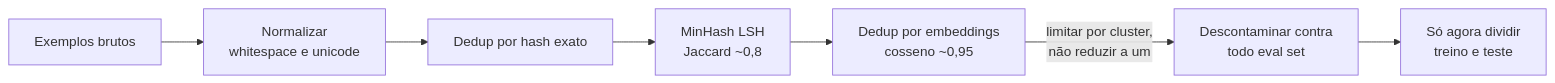
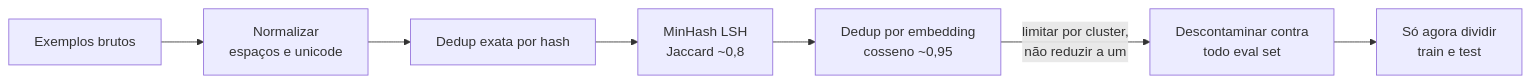
One commit to andrevberaldo/AI-Engineer-Interview-Questions changed the seventh of 29 diagrams in 05-fine-tuning-and-alignment/questions.pt-BR.md. Above: the diagram before and after it, drawn with Mermaid. The commit also changed other lines of this file and 1 other file, not shown here.

````diff
--- a/05-fine-tuning-and-alignment/questions.pt-BR.md
+++ b/05-fine-tuning-and-alignment/questions.pt-BR.md
@@ -357,9 +357,9 @@
 ```mermaid
 flowchart LR
-    A["Exemplos brutos"] --> B["Normalizar<br/>whitespace e unicode"]
-    B --> C["Dedup por hash exato"]
+    A["Exemplos brutos"] --> B["Normalizar<br/>espaços e unicode"]
+    B --> C["Dedup exata por hash"]
     C --> D["MinHash LSH<br/>Jaccard ~0,8"]
-    D --> E["Dedup por embeddings<br/>cosseno ~0,95"]
+    D --> E["Dedup por embedding<br/>cosseno ~0,95"]
     E -->|"limitar por cluster,<br/>não reduzir a um"| F["Descontaminar contra<br/>todo eval set"]
-    F --> G["Só agora dividir<br/>treino e teste"]
+    F --> G["Só agora dividir<br/>train e test"]
 ```
````
